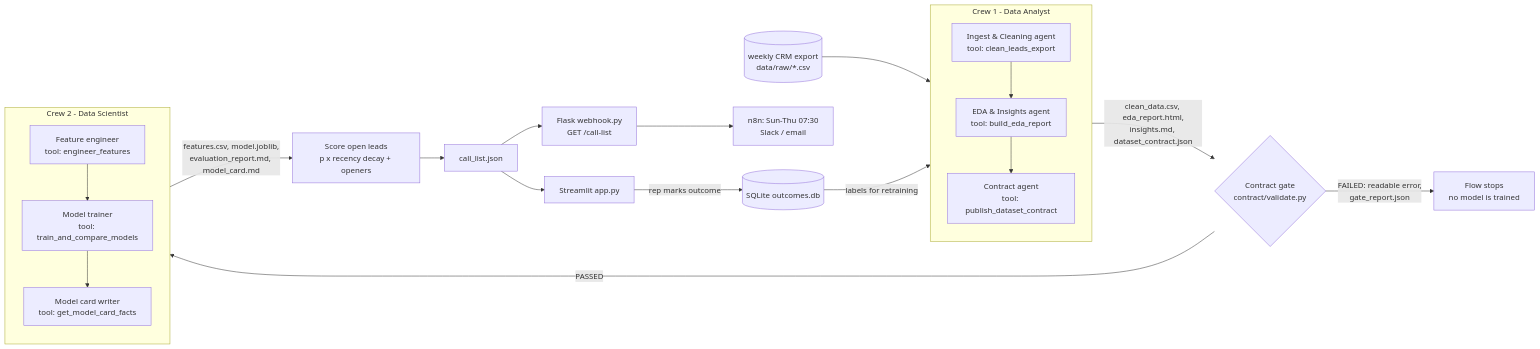
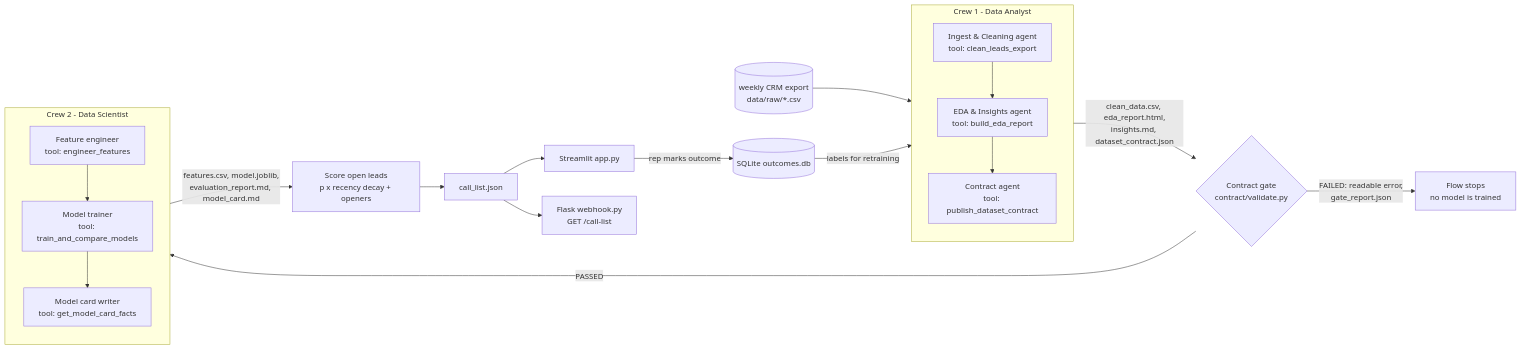
The diagram in README.md (ethanmuli-collab/next-call), drawn with Mermaid before and after one commit. The commit also changed other lines of this file, not shown here.

````diff
--- a/README.md
+++ b/README.md
@@ -17,19 +19,18 @@
 ```mermaid
 flowchart LR
     RAW[(weekly CRM export<br/>data/raw/*.csv)] --> C1
     subgraph C1[Crew 1 - Data Analyst]
         A1[Ingest & Cleaning agent<br/>tool: clean_leads_export] --> A2[EDA & Insights agent<br/>tool: build_eda_report] --> A3[Contract agent<br/>tool: publish_dataset_contract]
     end
     C1 -->|clean_data.csv, eda_report.html,<br/>insights.md, dataset_contract.json| G{Contract gate<br/>contract/validate.py}
     G -->|FAILED: readable error,<br/>gate_report.json| STOP[Flow stops<br/>no model is trained]
     G -->|PASSED| C2
     subgraph C2[Crew 2 - Data Scientist]
         B1[Feature engineer<br/>tool: engineer_features] --> B2[Model trainer<br/>tool: train_and_compare_models] --> B3[Model card writer<br/>tool: get_model_card_facts]
     end
     C2 -->|features.csv, model.joblib,<br/>evaluation_report.md, model_card.md| S[Score open leads<br/>p x recency decay + openers]
     S --> CL[call_list.json]
     CL --> UI[Streamlit app.py]
     CL --> API[Flask webhook.py<br/>GET /call-list]
-    API --> N8N[n8n: Sun-Thu 07:30<br/>Slack / email]
     UI -->|rep marks outcome| DB[(SQLite outcomes.db)] -->|labels for retraining| C1
 ```
````
